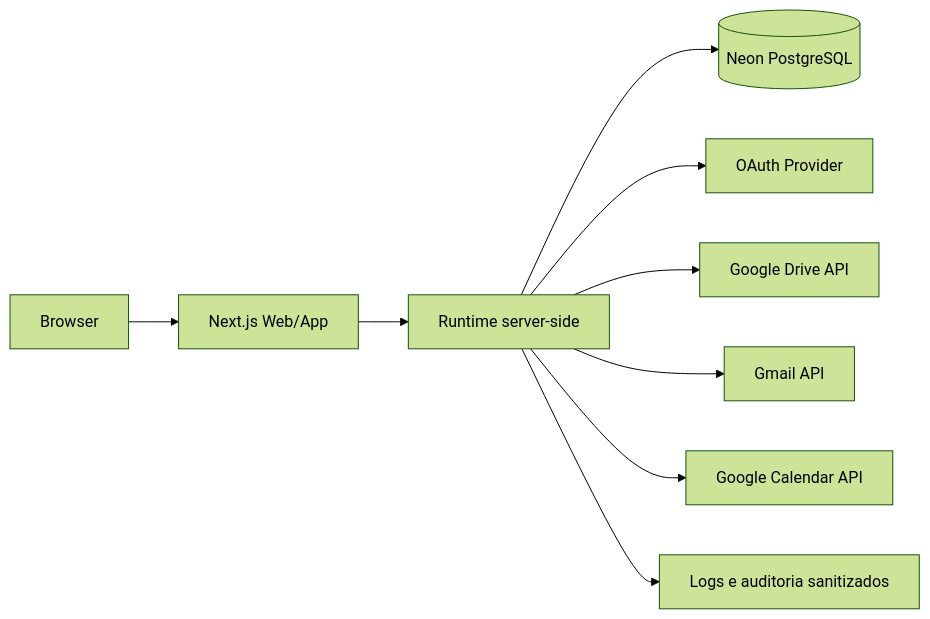
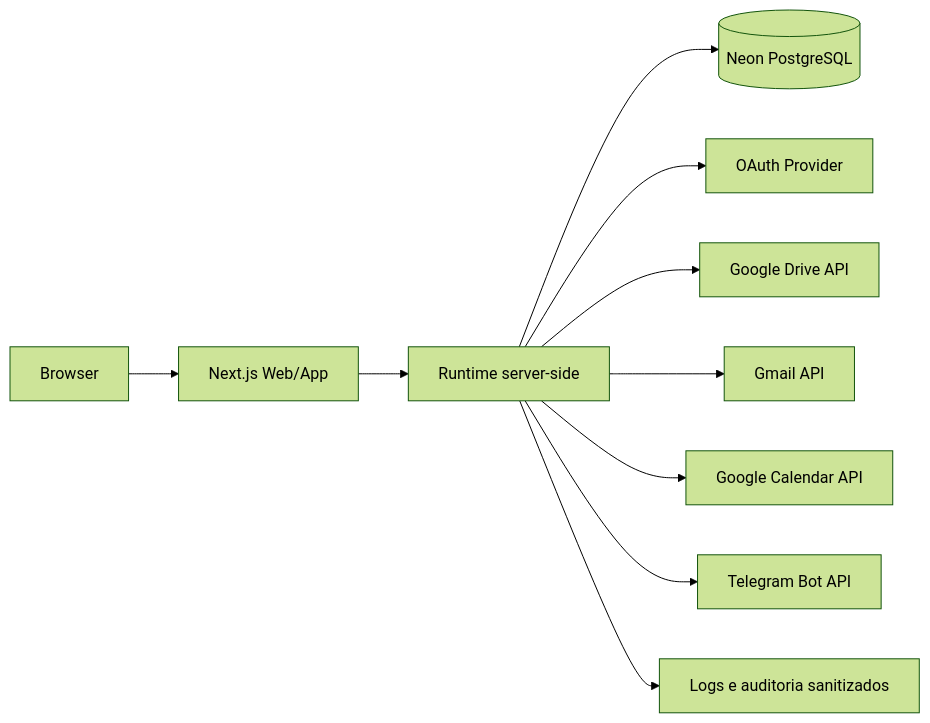
Before and after one commit to LuHenRe/PETBSI-SCRUM: the fourth of 4 diagrams in docs/especificao-de-software/10-diagrama-de-componentes.md, drawn with Mermaid (forest theme). The commit also changed other lines of this file and 13 other files, not shown here.

````diff
--- a/docs/especificao-de-software/10-diagrama-de-componentes.md
+++ b/docs/especificao-de-software/10-diagrama-de-componentes.md
@@ -158,11 +170,12 @@
 ```mermaid
 flowchart LR
     Browser[Browser] --> Web[Next.js Web/App]
     Web --> Server[Runtime server-side]
     Server --> Neon[(Neon PostgreSQL)]
     Server --> OAuth[OAuth Provider]
     Server --> Drive[Google Drive API]
     Server --> Gmail[Gmail API]
     Server --> Calendar[Google Calendar API]
+    Server --> Telegram[Telegram Bot API]
     Server --> Logs[Logs e auditoria sanitizados]
 ```
````
